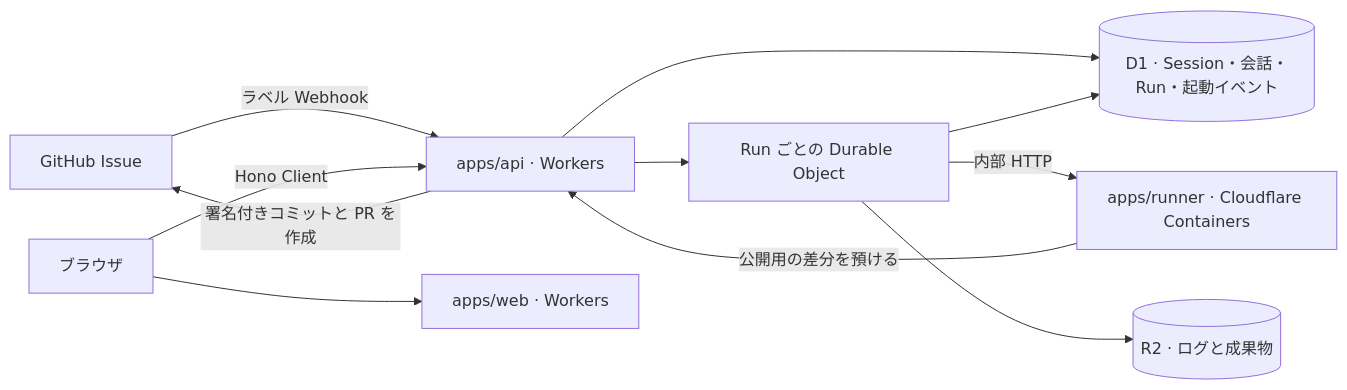
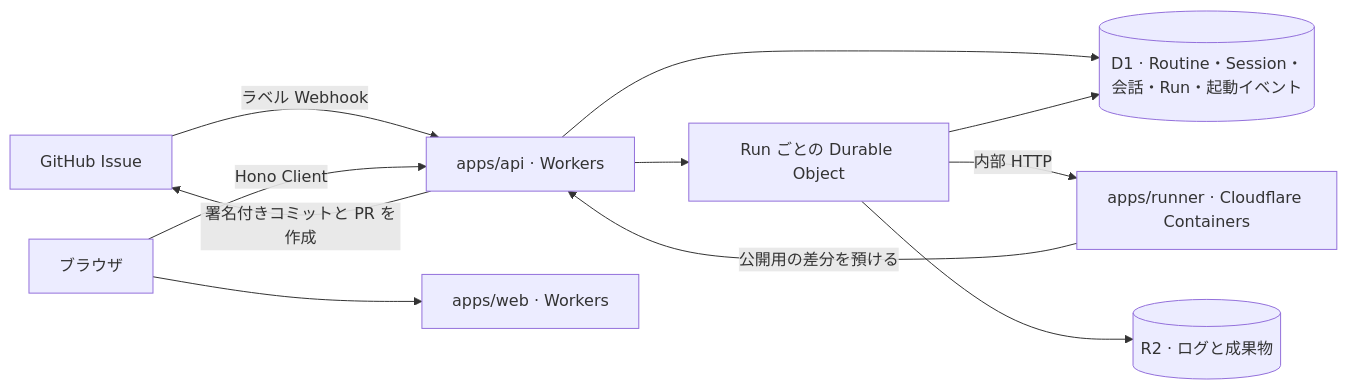
The first of 2 diagrams in docs/design.md (suzuki3jp/tailos), drawn with Mermaid before and after one commit. The commit also changed other lines of this file and 2 other files, not shown here.

Commit message:
docs: describe routine configuration and migration

````diff
--- a/docs/design.md
+++ b/docs/design.md
@@ -24,13 +24,13 @@
 ```mermaid
 flowchart LR
     GitHub[GitHub Issue] -->|ラベル Webhook| API[apps/api · Workers]
     Browser[ブラウザ] --> Web[apps/web · Workers]
     Browser -->|Hono Client| API
-    API --> D1[(D1 · Session・会話・Run・起動イベント)]
+    API --> D1[(D1 · Routine・Session・会話・Run・起動イベント)]
     API --> DO[Run ごとの Durable Object]
     DO -->|内部 HTTP| Runner[apps/runner · Cloudflare Containers]
     DO --> D1
     DO --> R2[(R2 · ログと成果物)]
     Runner -->|公開用の差分を預ける| API
     API -->|署名付きコミットと PR を作成| GitHub
 ```
````
